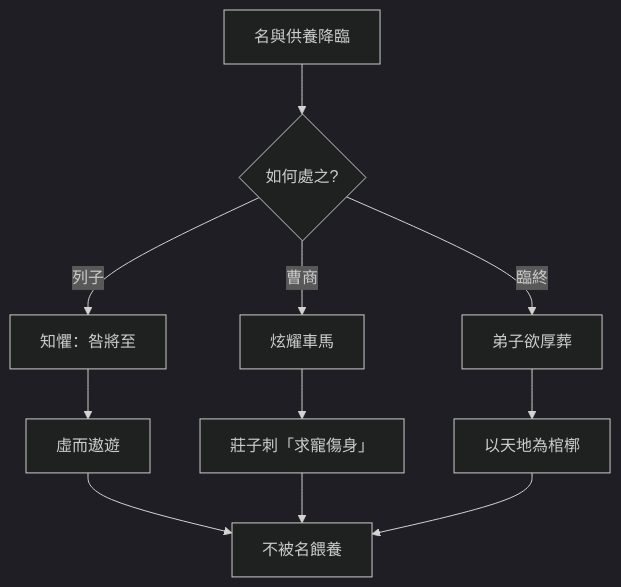
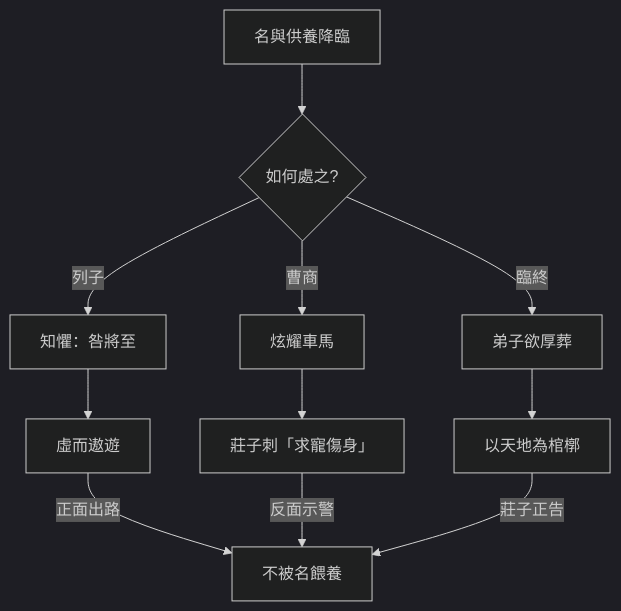
One commit to show0621/zhuangzi-atlas changed the first of 2 diagrams in content/chapters/03-雜篇/32-列御寇.md. Above: the diagram before and after it, drawn with Mermaid (dark theme). The commit also changed 14 other files, not shown here.

First line of the commit message:
release: 合併心智圖渲染、12篇收束改寫與 Mermaid 標籤修正

````diff
--- a/content/chapters/03-雜篇/32-列御寇.md
+++ b/content/chapters/03-雜篇/32-列御寇.md
@@ -56,13 +56,13 @@
 ```mermaid
 flowchart TD
   A[名與供養降臨] --> B{如何處之?}
   B -->|列子| C[知懼：咎將至]
   C --> D[虛而遨遊]
   B -->|曹商| E[炫耀車馬]
   E --> F[莊子刺「求寵傷身」]
   B -->|臨終| G[弟子欲厚葬]
   G --> H[以天地為棺槨]
-  D --> I[不被名餵養]
-  F --> I
-  H --> I
+  D -->|正面出路| I[不被名餵養]
+  F -->|反面示警| I
+  H -->|莊子正告| I
 ```
````
